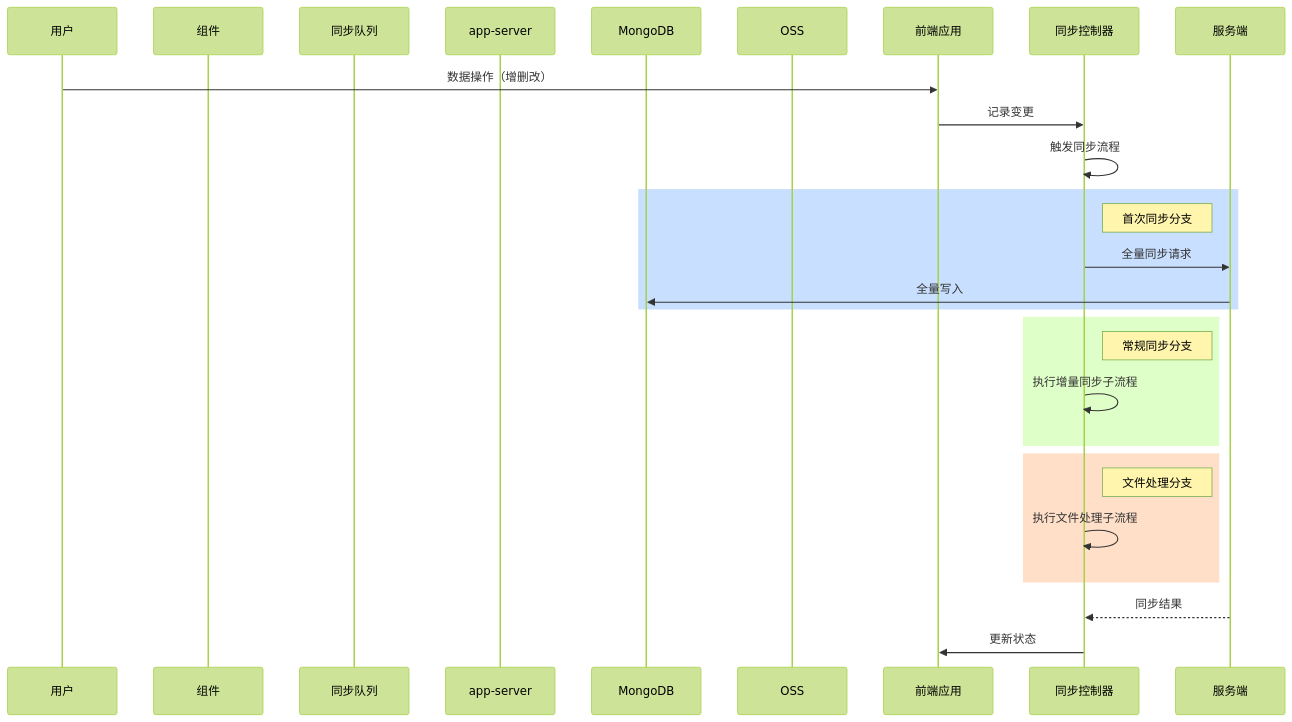
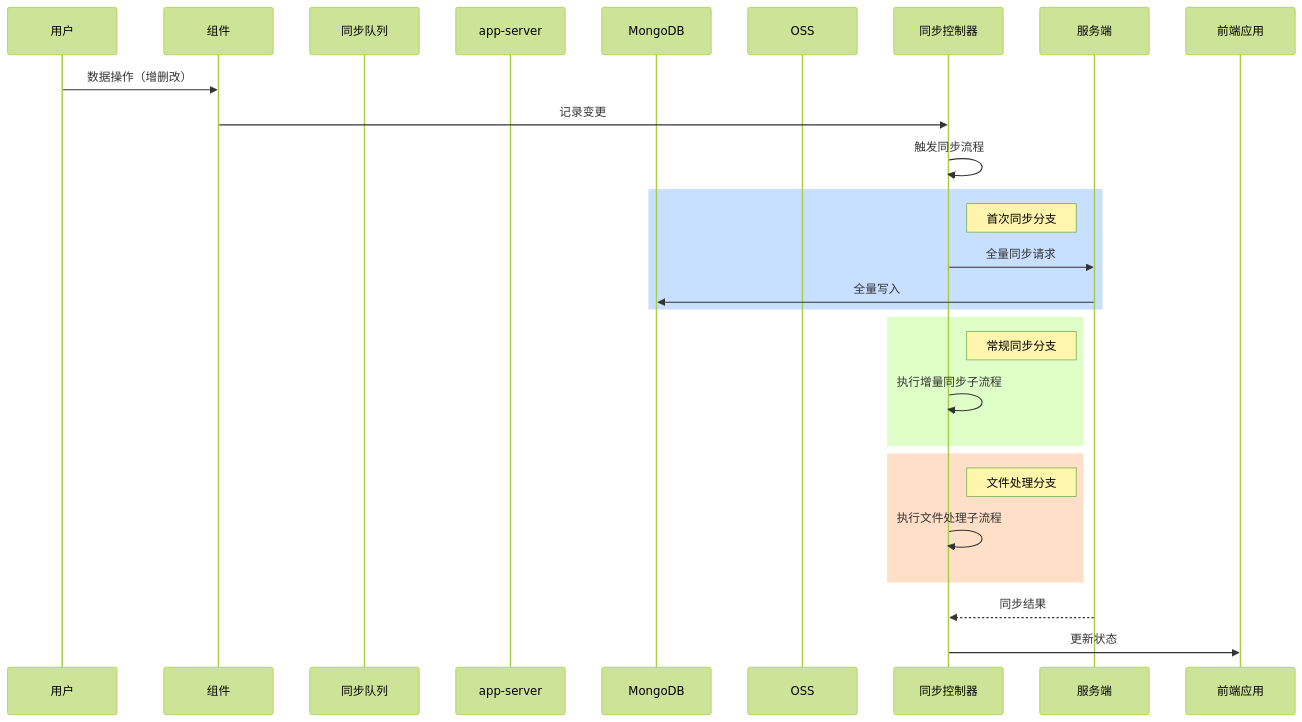
Before and after one commit to yingjianzh/iodraw-files: the diagram in all/未命名-24.md, drawn with Mermaid (forest theme).

Commit message:
2025-02-21 18:21:07 update

````diff
--- a/all/未命名-24.md
+++ b/all/未命名-24.md
@@ -1,32 +1,32 @@
 ```mermaid
 sequenceDiagram
     participant 用户
     participant 组件
     participant 同步队列
     participant app-server
     participant MongoDB
     participant OSS
 
-    用户->>前端应用: 数据操作（增删改）
-    前端应用->>同步控制器: 记录变更
+    用户->>组件: 数据操作（增删改）
+    组件->>同步控制器: 记录变更
     同步控制器->>同步控制器: 触发同步流程
     
     rect rgb(200,223,255)
     Note right of 同步控制器: 首次同步分支
     同步控制器->>服务端: 全量同步请求
     服务端->>MongoDB: 全量写入
     end
 
     rect rgb(223,255,200)
     Note right of 同步控制器: 常规同步分支
     同步控制器->>同步控制器: 执行增量同步子流程
     end
 
     rect rgb(255,223,200)
     Note right of 同步控制器: 文件处理分支
     同步控制器->>同步控制器: 执行文件处理子流程
     end
 
     服务端-->>同步控制器: 同步结果
     同步控制器->>前端应用: 更新状态
 ```
````
